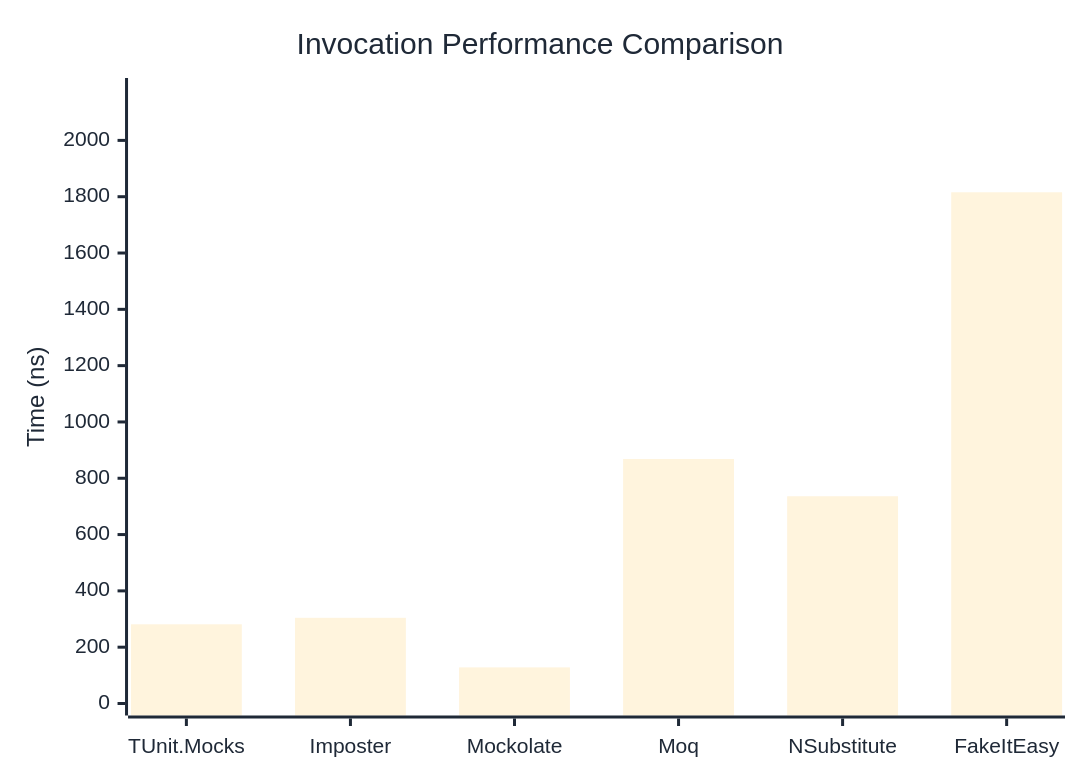
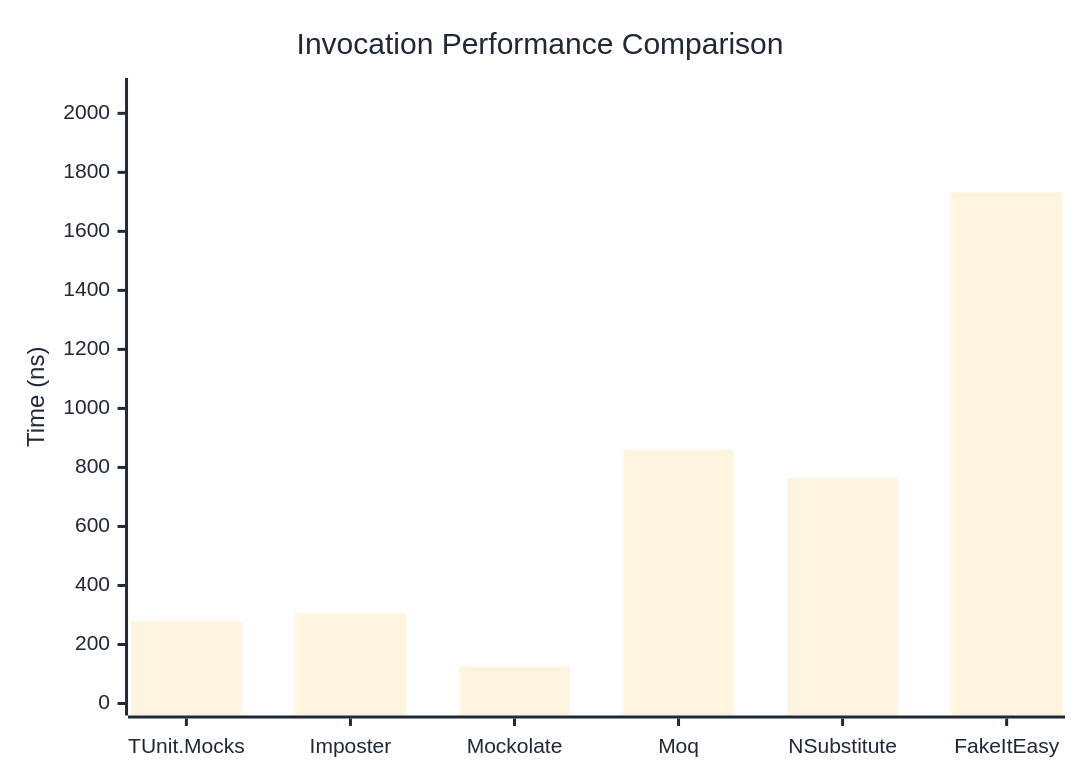
One commit to thomhurst/TUnit changed the first of 3 diagrams in docs/docs/benchmarks/mocks/Invocation.md. Above: the diagram before and after it, drawn with Mermaid. The commit also changed other lines of this file and 14 other files, not shown here.

````diff
--- a/docs/docs/benchmarks/mocks/Invocation.md
+++ b/docs/docs/benchmarks/mocks/Invocation.md
@@ -30,27 +30,27 @@
 ```mermaid
 %%{init: {
   'theme':'base',
   'themeVariables': {
     'primaryColor': '#2563eb',
     'primaryTextColor': '#1f2937',
     'primaryBorderColor': '#1e40af',
     'lineColor': '#6b7280',
     'secondaryColor': '#7c3aed',
     'tertiaryColor': '#dc2626',
     'background': '#ffffff',
     'pie1': '#2563eb',
     'pie2': '#7c3aed',
     'pie3': '#dc2626',
     'pie4': '#f59e0b',
     'pie5': '#10b981',
     'pie6': '#06b6d4',
     'pie7': '#ec4899',
     'pie8': '#6366f1'
   }
 }}%%
 xychart-beta
   title "Invocation Performance Comparison"
   x-axis ["TUnit.Mocks", "Imposter", "Mockolate", "Moq", "NSubstitute", "FakeItEasy"]
-  y-axis "Time (ns)" 0 --> 2179
-  bar [281.32, 304.35, 128.24, 868.43, 736.11, 1815.76]
+  y-axis "Time (ns)" 0 --> 2079
+  bar [279.1, 307.1, 125.5, 859.3, 764.5, 1731.7]
 ```
````
